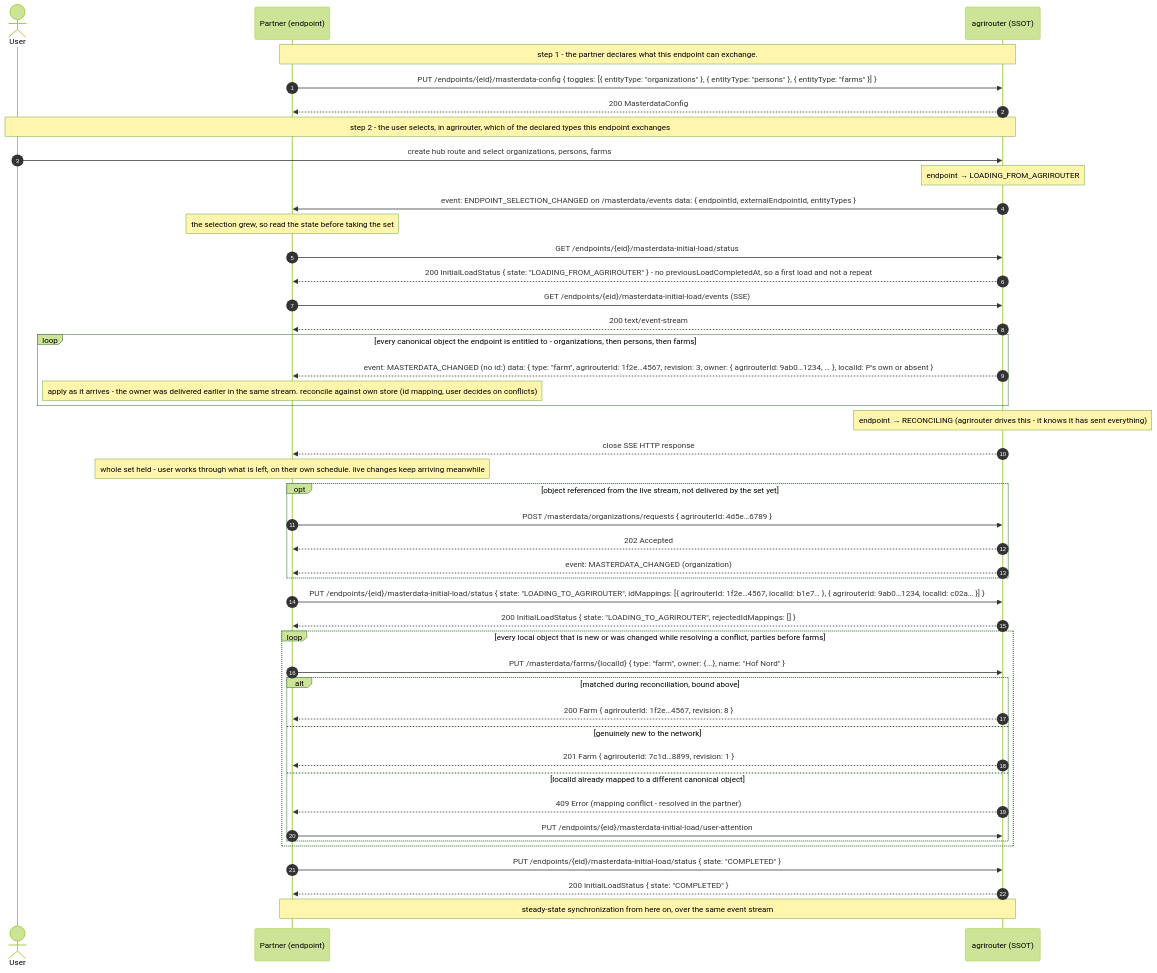
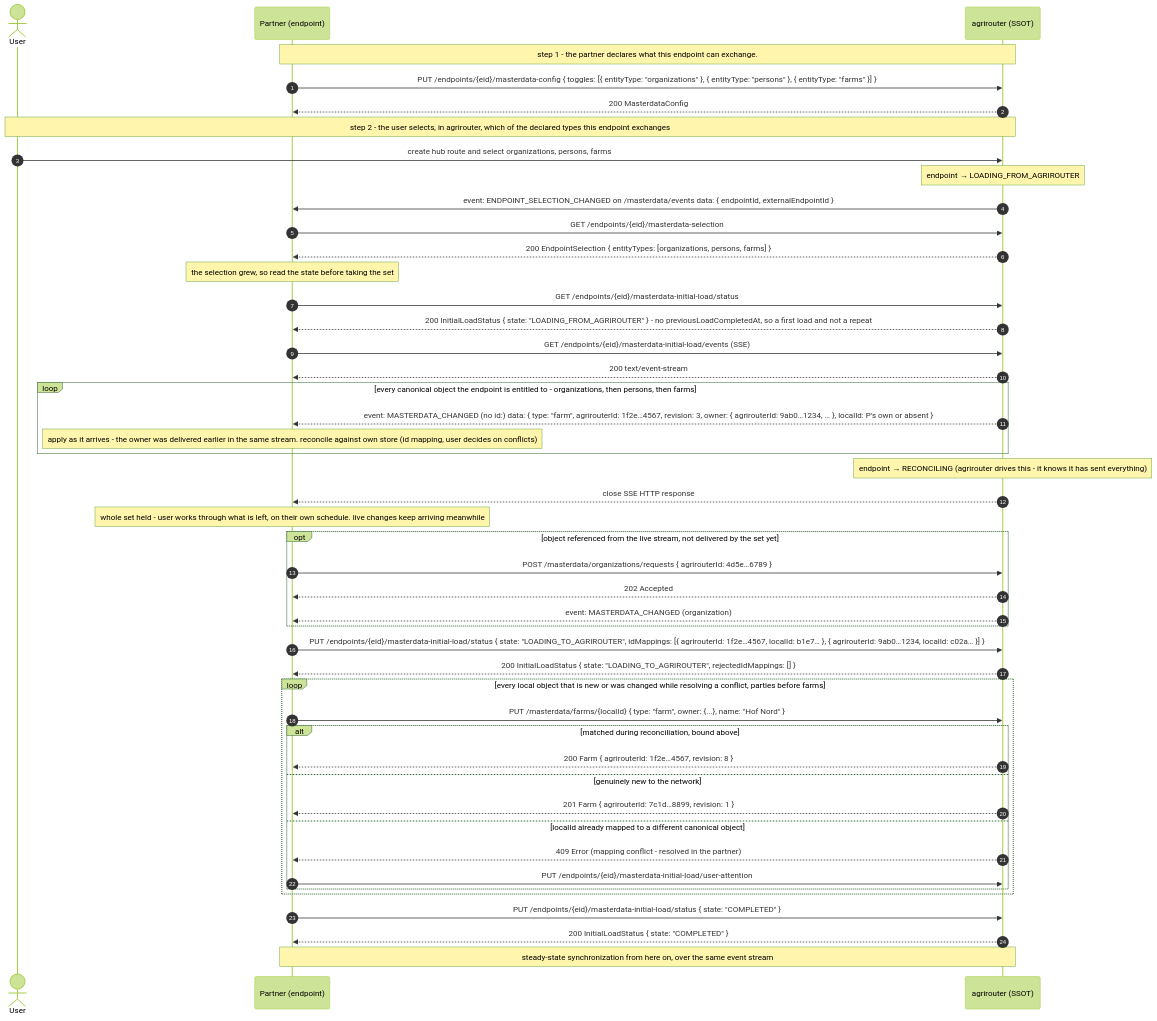
Before and after one commit to DKE-Data/masterdata-sync-working-group: the second of 3 diagrams in architecture/06-initial-load.md, drawn with Mermaid (forest theme). The commit also changed other lines of this file and 4 other files, not shown here.

````diff
--- a/architecture/06-initial-load.md
+++ b/architecture/06-initial-load.md
@@ -94,53 +94,55 @@
 ```mermaid
 %% ceasg:{"id":"8xpvwi5e"} %%
 sequenceDiagram
     autonumber
     actor U as User
     participant P as Partner (endpoint)
     participant AR as agrirouter (SSOT)
 
     Note over P,AR: step 1 - the partner declares what this endpoint can exchange.
     P->>AR: PUT /endpoints/{eid}/masterdata-config { toggles: [{ entityType: "organizations" }, { entityType: "persons" }, { entityType: "farms" }] }
     AR-->>P: 200 MasterdataConfig
     Note over U,AR: step 2 - the user selects, in agrirouter, which of the declared types this endpoint exchanges
     U->>AR: create hub route and select organizations, persons, farms
     Note over AR: endpoint → LOADING_FROM_AGRIROUTER
-    AR->>P: event: ENDPOINT_SELECTION_CHANGED on /masterdata/events data: { endpointId, externalEndpointId, entityTypes }
+    AR->>P: event: ENDPOINT_SELECTION_CHANGED on /masterdata/events data: { endpointId, externalEndpointId }
 
+    P->>AR: GET /endpoints/{eid}/masterdata-selection
+    AR-->>P: 200 EndpointSelection { entityTypes: [organizations, persons, farms] }
     Note over P: the selection grew, so read the state before taking the set
     P->>AR: GET /endpoints/{eid}/masterdata-initial-load/status
     AR-->>P: 200 InitialLoadStatus { state: "LOADING_FROM_AGRIROUTER" } - no previousLoadCompletedAt, so a first load and not a repeat
     P->>AR: GET /endpoints/{eid}/masterdata-initial-load/events (SSE)
     AR-->>P: 200 text/event-stream
     loop every canonical object the endpoint is entitled to - organizations, then persons, then farms
         AR-->>P: event: MASTERDATA_CHANGED (no id:) data: { type: "farm", agrirouterId: 1f2e…4567, revision: 3, owner: { agrirouterId: 9ab0…1234, … }, localId: P's own or absent }
         Note over P: apply as it arrives - the owner was delivered earlier in the same stream. reconcile against own store (id mapping, user decides on conflicts)
     end
     Note over AR: endpoint → RECONCILING (agrirouter drives this - it knows it has sent everything)
     AR-->>P: close SSE HTTP response
     Note over P: whole set held - user works through what is left, on their own schedule. live changes keep arriving meanwhile
     opt object referenced from the live stream, not delivered by the set yet
         P->>AR: POST /masterdata/organizations/requests { agrirouterId: 4d5e…6789 }
         AR-->>P: 202 Accepted
         AR-->>P: event: MASTERDATA_CHANGED (organization)
     end
 
     P->>AR: PUT /endpoints/{eid}/masterdata-initial-load/status { state: "LOADING_TO_AGRIROUTER", idMappings: [{ agrirouterId: 1f2e…4567, localId: b1e7… }, { agrirouterId: 9ab0…1234, localId: c02a… }] }
     AR-->>P: 200 InitialLoadStatus { state: "LOADING_TO_AGRIROUTER", rejectedIdMappings: [] }
 
     loop every local object that is new or was changed while resolving a conflict, parties before farms
         P->>AR: PUT /masterdata/farms/{localId} { type: "farm", owner: {...}, name: "Hof Nord" }
         alt matched during reconciliation, bound above
             AR-->>P: 200 Farm { agrirouterId: 1f2e…4567, revision: 8 }
         else genuinely new to the network
             AR-->>P: 201 Farm { agrirouterId: 7c1d…8899, revision: 1 }
         else localId already mapped to a different canonical object
             AR-->>P: 409 Error (mapping conflict - resolved in the partner)
             P->>AR: PUT /endpoints/{eid}/masterdata-initial-load/user-attention
         end
     end
 
     P->>AR: PUT /endpoints/{eid}/masterdata-initial-load/status { state: "COMPLETED" }
     AR-->>P: 200 InitialLoadStatus { state: "COMPLETED" }
     Note over P,AR: steady-state synchronization from here on, over the same event stream
 ```
````
